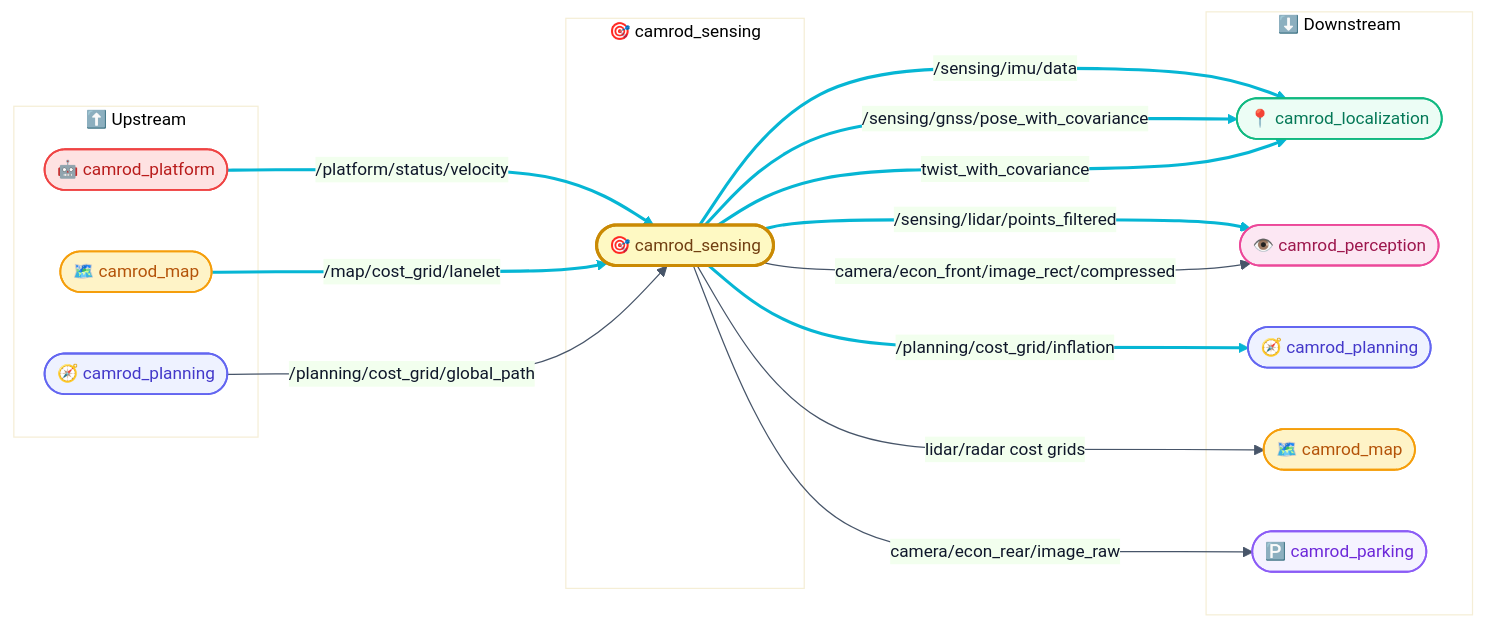
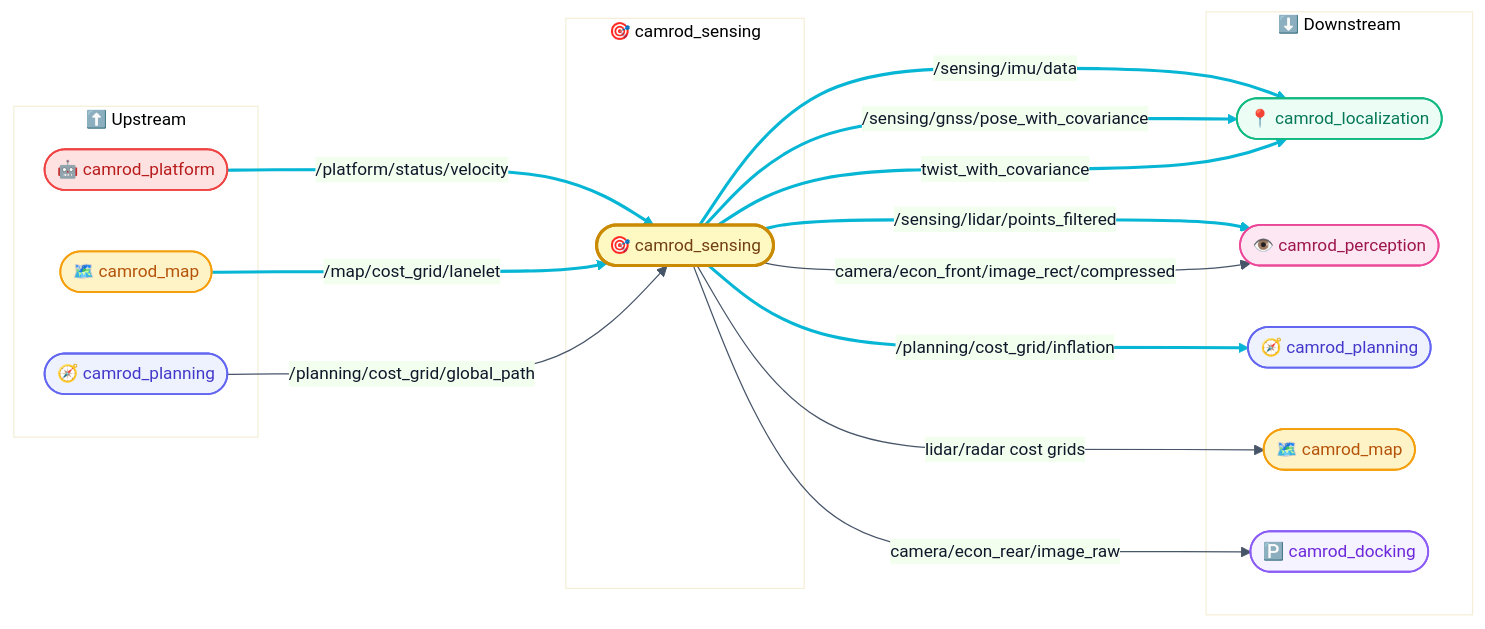
Before and after one commit to hwanhonglee/CAMROD: the first of 3 diagrams in camrod_sensing/README.md, drawn with Mermaid. The commit also changed other lines of this file and 12 other files, not shown here.

First line of the commit message:
docs(HH_260528): rename camrod_parking → camrod_docking across all READMEs

````diff
--- a/camrod_sensing/README.md
+++ b/camrod_sensing/README.md
@@ -39,50 +39,50 @@
 ```mermaid
 %%{init: {'theme': 'base', 'themeVariables': {'fontFamily': 'ui-sans-serif, system-ui, sans-serif', 'fontSize': '14px', 'primaryColor': '#EEF2FF', 'primaryTextColor': '#0F172A', 'primaryBorderColor': '#6366F1', 'lineColor': '#475569'}, 'flowchart': {'curve': 'basis', 'htmlLabels': true, 'padding': 12}}}%%
 graph LR
   classDef sensing      fill:#ECFEFF,stroke:#06B6D4,stroke-width:1.5px,color:#0E7490;
   classDef localization fill:#ECFDF5,stroke:#10B981,stroke-width:1.5px,color:#047857;
   classDef mapping      fill:#FEF3C7,stroke:#F59E0B,stroke-width:1.5px,color:#B45309;
   classDef perception   fill:#FCE7F3,stroke:#EC4899,stroke-width:1.5px,color:#9D174D;
   classDef planning     fill:#EEF2FF,stroke:#6366F1,stroke-width:1.5px,color:#4338CA;
   classDef platform     fill:#FEE2E2,stroke:#EF4444,stroke-width:1.5px,color:#B91C1C;
-  classDef parking      fill:#F5F3FF,stroke:#8B5CF6,stroke-width:1.5px,color:#6D28D9;
+  classDef docking      fill:#F5F3FF,stroke:#8B5CF6,stroke-width:1.5px,color:#6D28D9;
   classDef system       fill:#F1F5F9,stroke:#64748B,stroke-width:1.5px,color:#334155;
   classDef ui           fill:#FFF7ED,stroke:#F97316,stroke-width:1.5px,color:#C2410C;
   classDef topic        fill:#F8FAFC,stroke:#94A3B8,stroke-width:1px,color:#475569,font-style:italic;
   classDef config       fill:#FFFBEB,stroke:#D97706,stroke-width:1.5px,color:#92400E;
   classDef hardware     fill:#FAFAFA,stroke:#6B7280,stroke-width:1.5px,color:#374151;
   classDef highlight    fill:#FEF9C3,stroke:#CA8A04,stroke-width:2.5px,color:#713F12;
 
   subgraph UP["⬆️ Upstream"]
     PLAT([🤖 camrod_platform]):::platform
     MAP([🗺️ camrod_map]):::mapping
     PLAN_IN([🧭 camrod_planning]):::planning
   end
 
   subgraph CS["🎯 camrod_sensing"]
     SENS([🎯 camrod_sensing]):::highlight
   end
 
   subgraph DN["⬇️ Downstream"]
     LOC([📍 camrod_localization]):::localization
     PERC([👁️ camrod_perception]):::perception
     PLAN_OUT([🧭 camrod_planning]):::planning
     MAP_VIZ([🗺️ camrod_map]):::mapping
-    PARK([🅿️ camrod_parking]):::parking
+    PARK([🅿️ camrod_docking]):::docking
   end
 
   PLAT  ==>|/platform/status/velocity| SENS
   MAP   ==>|/map/cost_grid/lanelet| SENS
   PLAN_IN -->|/planning/cost_grid/global_path| SENS
 
   SENS ==>|/sensing/imu/data| LOC
   SENS ==>|/sensing/gnss/pose_with_covariance| LOC
   SENS ==>|twist_with_covariance| LOC
   SENS ==>|/sensing/lidar/points_filtered| PERC
   SENS ==>|/planning/cost_grid/inflation| PLAN_OUT
   SENS -->|lidar/radar cost grids| MAP_VIZ
   SENS -->|camera/econ_front/image_rect/compressed| PERC
   SENS -->|camera/econ_rear/image_raw| PARK
 
   linkStyle 0,1,3,4,5,6,7 stroke:#06B6D4,stroke-width:2.5px;
 ```
````
